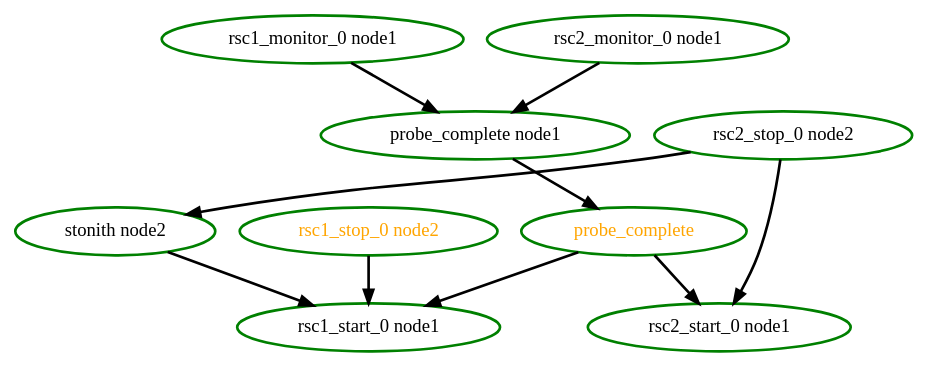
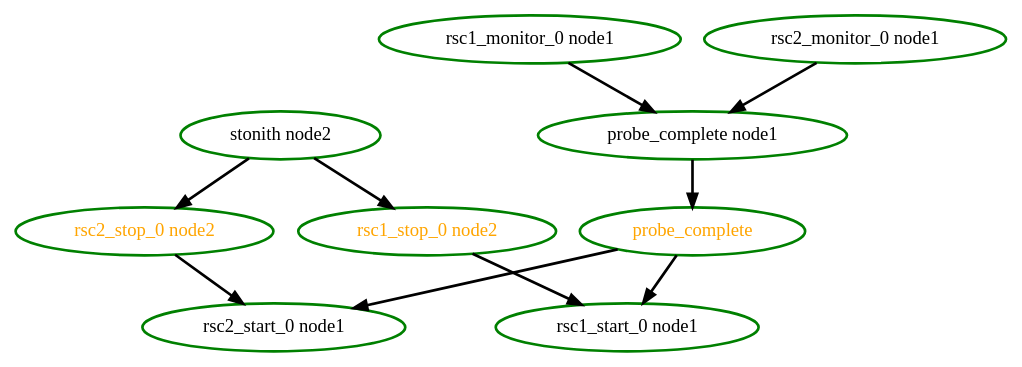
Before and after one commit to richiewen8/heartbeat: the diagram in crm/pengine/testcases/rec-rsc-5.dot, drawn with Graphviz. The commit also changed 20 other files, not shown here.

```diff
--- a/crm/pengine/testcases/rec-rsc-5.dot
+++ b/crm/pengine/testcases/rec-rsc-5.dot
@@ -1,20 +1,20 @@
  digraph "g" {
 "probe_complete node1" -> "probe_complete" [ style = bold]
 "probe_complete node1" [ style=bold color="green" fontcolor="black" ]
 "probe_complete" -> "rsc1_start_0 node1" [ style = bold]
 "probe_complete" -> "rsc2_start_0 node1" [ style = bold]
 "probe_complete" [ style=bold color="green" fontcolor="orange" ]
 "rsc1_monitor_0 node1" -> "probe_complete node1" [ style = bold]
 "rsc1_monitor_0 node1" [ style=bold color="green" fontcolor="black" ]
 "rsc1_start_0 node1" [ style=bold color="green" fontcolor="black" ]
 "rsc1_stop_0 node2" -> "rsc1_start_0 node1" [ style = bold]
 "rsc1_stop_0 node2" [ style=bold color="green" fontcolor="orange" ]
 "rsc2_monitor_0 node1" -> "probe_complete node1" [ style = bold]
 "rsc2_monitor_0 node1" [ style=bold color="green" fontcolor="black" ]
 "rsc2_start_0 node1" [ style=bold color="green" fontcolor="black" ]
 "rsc2_stop_0 node2" -> "rsc2_start_0 node1" [ style = bold]
-"rsc2_stop_0 node2" -> "stonith node2" [ style = bold]
-"rsc2_stop_0 node2" [ style=bold color="green" fontcolor="black" ]
-"stonith node2" -> "rsc1_start_0 node1" [ style = bold]
+"rsc2_stop_0 node2" [ style=bold color="green" fontcolor="orange"  ]
+"stonith node2" -> "rsc1_stop_0 node2" [ style = bold]
+"stonith node2" -> "rsc2_stop_0 node2" [ style = bold]
 "stonith node2" [ style=bold color="green" fontcolor="black" ]
 }
```
